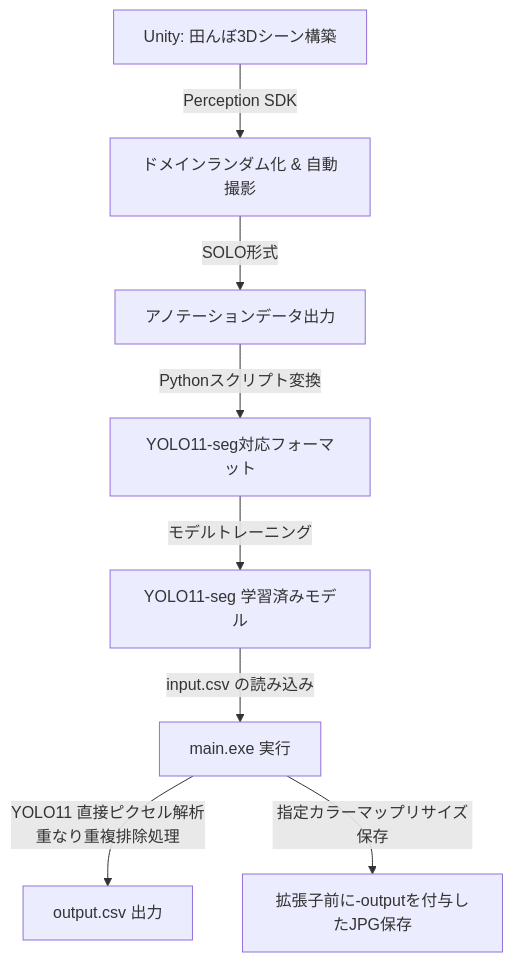
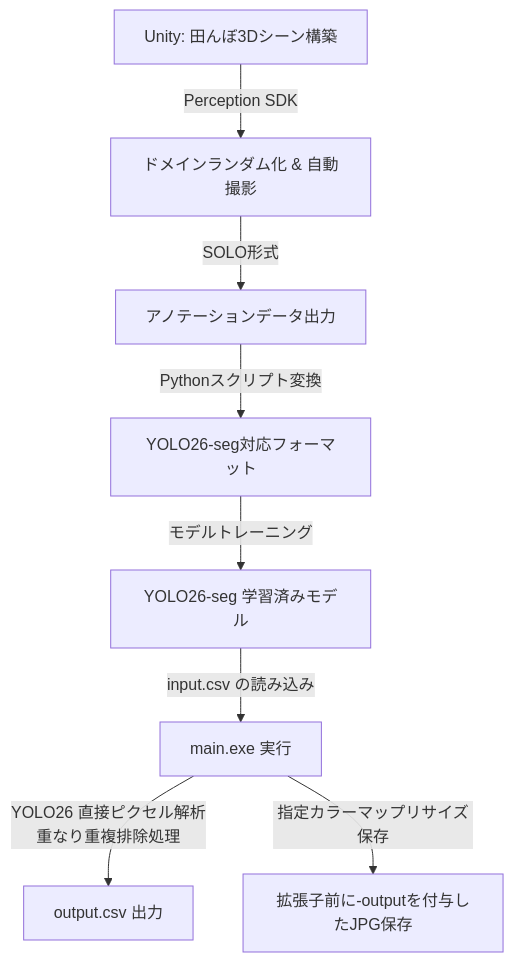
The diagram in README.md (justyuri4/alcon2026-YOLO-approach), drawn with Mermaid before and after one commit. The commit also changed other lines of this file, not shown here.

Commit message:
Update README to use YOLO26m-seg

````diff
--- a/README.md
+++ b/README.md
@@ -22,10 +22,10 @@
 ```mermaid
 graph TD
     A[Unity: 田んぼ3Dシーン構築] -->|Perception SDK| B[ドメインランダム化 & 自動撮影]
     B -->|SOLO形式| C[アノテーションデータ出力]
-    C -->|Pythonスクリプト変換| D[YOLO11-seg対応フォーマット]
-    D -->|モデルトレーニング| E[YOLO11-seg 学習済みモデル]
+    C -->|Pythonスクリプト変換| D[YOLO26-seg対応フォーマット]
+    D -->|モデルトレーニング| E[YOLO26-seg 学習済みモデル]
     E -->|input.csv の読み込み| F[main.exe 実行]
-    F -->|YOLO11 直接ピクセル解析\n重なり重複排除処理| G[output.csv 出力]
+    F -->|YOLO26 直接ピクセル解析\n重なり重複排除処理| G[output.csv 出力]
     F -->|指定カラーマップリサイズ保存| H[拡張子前に-outputを付与したJPG保存]
 ```
````
